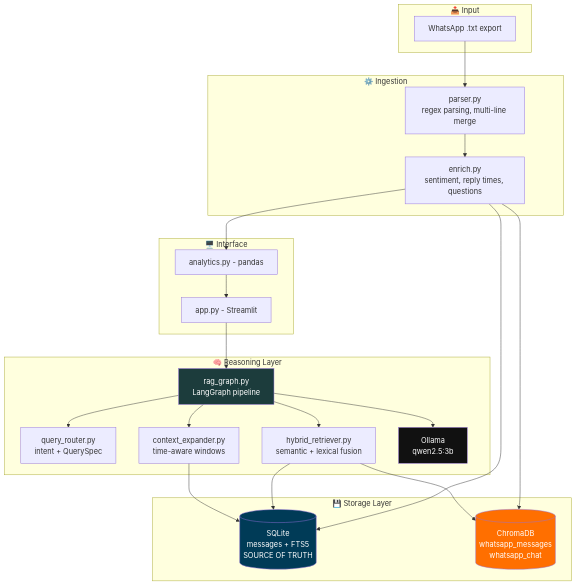
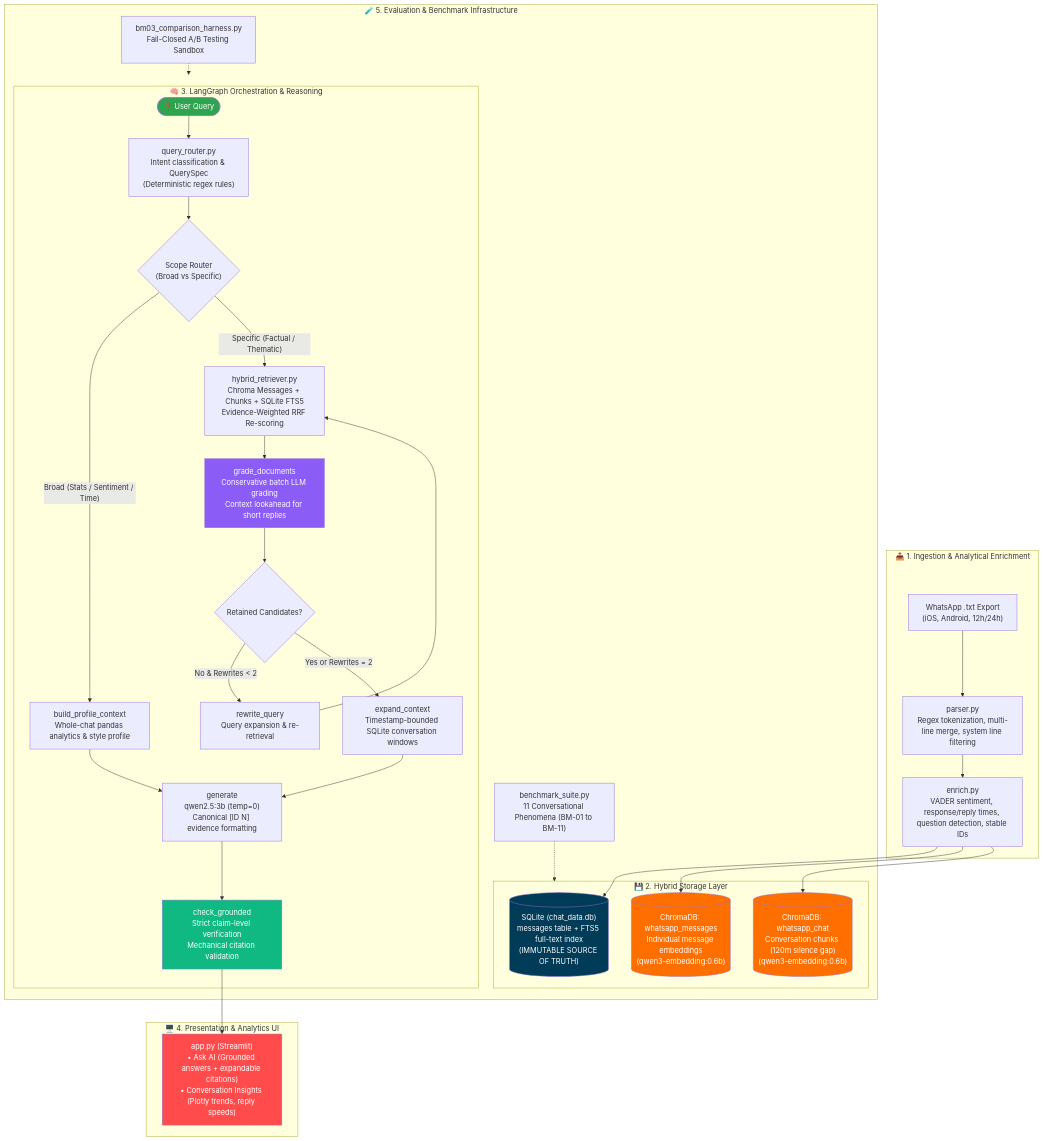
Before and after one commit to vVIBHORj/chatlens_v2: the first of 10 diagrams in README.md, drawn with Mermaid. The commit also changed other lines of this file and 5 other files, not shown here.

Commit message:
feat: context-aware relevance grading, fail-closed BM-03 comparison harness, and comprehensive README architecture update

````diff
--- a/README.md
+++ b/README.md
@@ -106,48 +69,52 @@
 ```mermaid
 flowchart TB
-    subgraph INPUT["📥 Input"]
-        A["WhatsApp .txt export"]
+    subgraph INGESTION["📥 1. Ingestion & Analytical Enrichment"]
+        RAW["WhatsApp .txt Export<br/>(iOS, Android, 12h/24h)"] --> PARSE["parser.py<br/>Regex tokenization, multi-line merge, system line filtering"]
+        PARSE --> ENRICH["enrich.py<br/>VADER sentiment, response/reply times, question detection, stable IDs"]
     end
 
-    subgraph INGEST["⚙️ Ingestion"]
-        B["parser.py<br/>regex parsing, multi-line merge"]
-        C["enrich.py<br/>sentiment, reply times, questions"]
+    subgraph STORAGE["💾 2. Hybrid Storage Layer"]
+        ENRICH --> SQLITE[("SQLite (chat_data.db)<br/>messages table + FTS5 full-text index<br/>(IMMUTABLE SOURCE OF TRUTH)")]
+        ENRICH --> CHROMA_MSG[("ChromaDB: whatsapp_messages<br/>Individual message embeddings<br/>(qwen3-embedding:0.6b)")]
+        ENRICH --> CHROMA_CHUNK[("ChromaDB: whatsapp_chat<br/>Conversation chunks (120m silence gap)<br/>(qwen3-embedding:0.6b)")]
     end
 
-    subgraph STORAGE["💾 Storage Layer"]
-        D[("SQLite<br/>messages + FTS5<br/>SOURCE OF TRUTH")]
-        E[("ChromaDB<br/>whatsapp_messages<br/>whatsapp_chat")]
+    subgraph REASONING["🧠 3. LangGraph Orchestration & Reasoning"]
+        USER_Q(["❓ User Query"]) --> ROUTER["query_router.py<br/>Intent classification & QuerySpec<br/>(Deterministic regex rules)"]
+        ROUTER --> SCOPE{"Scope Router<br/>(Broad vs Specific)"}
+
+        SCOPE -- "Broad (Stats / Sentiment / Time)" --> PROFILE["build_profile_context<br/>Whole-chat pandas analytics & style profile"]
+        SCOPE -- "Specific (Factual / Thematic)" --> RETRIEVE["hybrid_retriever.py<br/>Chroma Messages + Chunks + SQLite FTS5<br/>Evidence-Weighted RRF Re-scoring"]
+
+        RETRIEVE --> GRADER["grade_documents<br/>Conservative batch LLM grading<br/>Context lookahead for short replies"]
+        GRADER --> CHECK_DOCS{"Retained Candidates?"}
+
+        CHECK_DOCS -- "No & Rewrites &lt; 2" --> REWRITE["rewrite_query<br/>Query expansion & re-retrieval"]
+        REWRITE --> RETRIEVE
+        CHECK_DOCS -- "Yes or Rewrites = 2" --> EXPAND["expand_context<br/>Timestamp-bounded SQLite conversation windows"]
+
+        PROFILE --> GENERATE["generate<br/>qwen2.5:3b (temp=0)<br/>Canonical [ID N] evidence formatting"]
+        EXPAND --> GENERATE
+
+        GENERATE --> GROUND["check_grounded<br/>Strict claim-level verification<br/>Mechanical citation validation"]
     end
 
-    subgraph REASON["🧠 Reasoning Layer"]
-        F["query_router.py<br/>intent + QuerySpec"]
-        G["hybrid_retriever.py<br/>semantic + lexical fusion"]
-        H["context_expander.py<br/>time-aware windows"]
-        I["rag_graph.py<br/>LangGraph pipeline"]
-        J["Ollama<br/>qwen2.5:3b"]
+    subgraph PRESENTATION["🖥️ 4. Presentation & Analytics UI"]
+        GROUND --> UI["app.py (Streamlit)<br/>• Ask AI (Grounded answers + expandable citations)<br/>• Conversation Insights (Plotly trends, reply speeds)"]
     end
 
-    subgraph UI["🖥️ Interface"]
-        K["app.py - Streamlit"]
-        L["analytics.py - pandas"]
+    subgraph BENCHMARK["🧪 5. Evaluation & Benchmark Infrastructure"]
+        BENCH_SUITE["benchmark_suite.py<br/>11 Conversational Phenomena (BM-01 to BM-11)"]
+        HARNESS["bm03_comparison_harness.py<br/>Fail-Closed A/B Testing Sandbox"]
+        BENCH_SUITE -.-> STORAGE
+        HARNESS -.-> REASONING
     end
 
-    A --> B --> C
-    C --> D
-    C --> E
-    C --> L
-    K --> I
-    I --> F
-    I --> G
-    G --> D
-    G --> E
-    I --> H
-    H --> D
-    I --> J
-    L --> K
-
-    style D fill:#003B57,color:#fff
-    style E fill:#FF6F00,color:#fff
-    style J fill:#111,color:#fff
-    style I fill:#1C3C3C,color:#fff
+    style SQLITE fill:#003B57,color:#fff
+    style CHROMA_MSG fill:#FF6F00,color:#fff
+    style CHROMA_CHUNK fill:#FF6F00,color:#fff
+    style USER_Q fill:#2ea44f,color:#fff
+    style UI fill:#FF4B4B,color:#fff
+    style GRADER fill:#8b5cf6,color:#fff
+    style GROUND fill:#10b981,color:#fff
 ```
````
